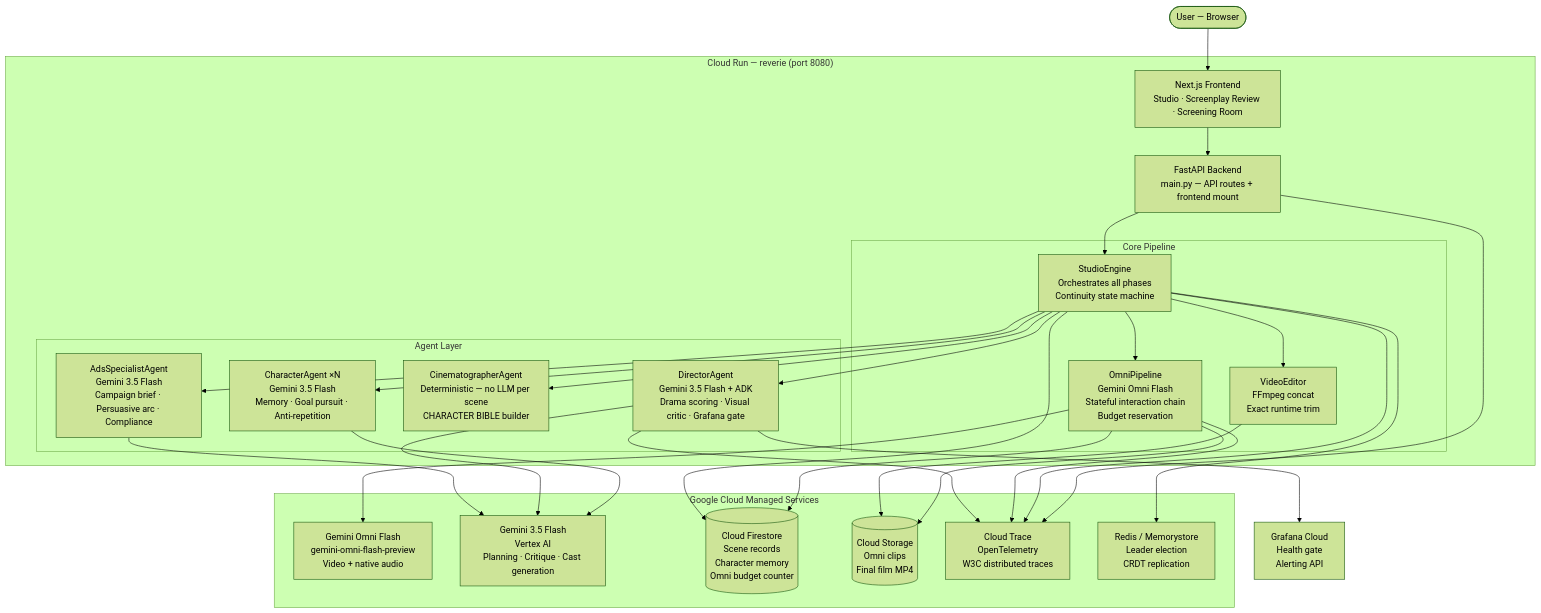
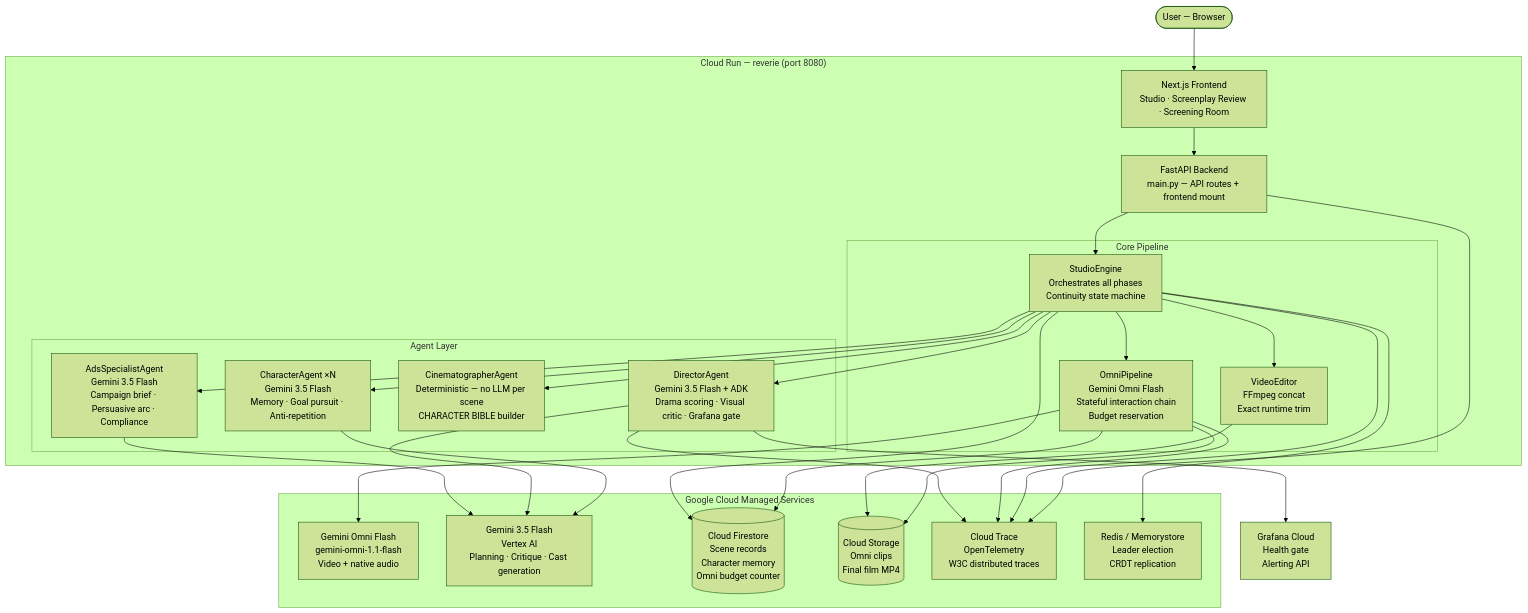
Before and after one commit to Cholarajarp/REVERIE: the first of 3 diagrams in docs/ARCHITECTURE.md, drawn with Mermaid (forest theme). The commit also changed other lines of this file and 5 other files, not shown here.

Commit message:
fix: migrate Omni model from gemini-omni-flash-preview to gemini-omni-1.1-flash

````diff
--- a/docs/ARCHITECTURE.md
+++ b/docs/ARCHITECTURE.md
@@ -24,57 +24,57 @@
 ```mermaid
 flowchart TB
     User([User — Browser])
 
     subgraph CloudRun["Cloud Run — reverie (port 8080)"]
         Frontend["Next.js Frontend\nStudio · Screenplay Review · Screening Room"]
         API["FastAPI Backend\nmain.py — API routes + frontend mount"]
 
         subgraph Agents["Agent Layer"]
             CA["CharacterAgent ×N\nGemini 3.5 Flash\nMemory · Goal pursuit · Anti-repetition"]
             DA["DirectorAgent\nGemini 3.5 Flash + ADK\nDrama scoring · Visual critic · Grafana gate"]
             CINE["CinematographerAgent\nDeterministic — no LLM per scene\nCHARACTER BIBLE builder"]
             ADS["AdsSpecialistAgent\nGemini 3.5 Flash\nCampaign brief · Persuasive arc · Compliance"]
         end
 
         subgraph Core["Core Pipeline"]
             SE["StudioEngine\nOrchestrates all phases\nContinuity state machine"]
             OP["OmniPipeline\nGemini Omni Flash\nStateful interaction chain\nBudget reservation"]
             VE["VideoEditor\nFFmpeg concat\nExact runtime trim"]
         end
     end
 
     subgraph GCP["Google Cloud Managed Services"]
-        OMNI["Gemini Omni Flash\ngemini-omni-flash-preview\nVideo + native audio"]
+        OMNI["Gemini Omni Flash\ngemini-omni-1.1-flash\nVideo + native audio"]
         GEMINI["Gemini 3.5 Flash\nVertex AI\nPlanning · Critique · Cast generation"]
         FS[("Cloud Firestore\nScene records\nCharacter memory\nOmni budget counter")]
         GCS[("Cloud Storage\nOmni clips\nFinal film MP4")]
         TRACE["Cloud Trace\nOpenTelemetry\nW3C distributed traces"]
         REDIS["Redis / Memorystore\nLeader election\nCRDT replication"]
     end
 
     GRAFANA["Grafana Cloud\nHealth gate\nAlerting API"]
 
     User --> Frontend
     Frontend --> API
     API --> SE
     SE --> CA
     SE --> DA
     SE --> CINE
     SE --> ADS
     SE --> OP
     SE --> VE
     CA --> GEMINI
     DA --> GEMINI
     DA --> GRAFANA
     ADS --> GEMINI
     OP --> OMNI
     OP --> FS
     OP --> GCS
     VE --> GCS
     SE --> FS
     API --> TRACE
     SE --> TRACE
     OP --> TRACE
     DA --> TRACE
     SE --> REDIS
 ```
````
